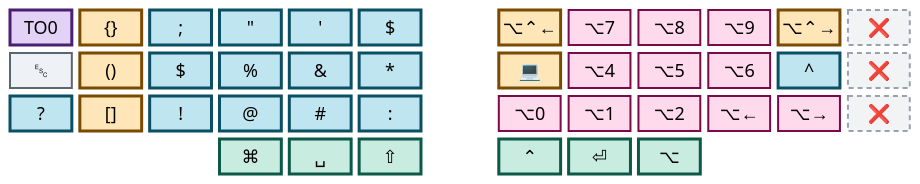
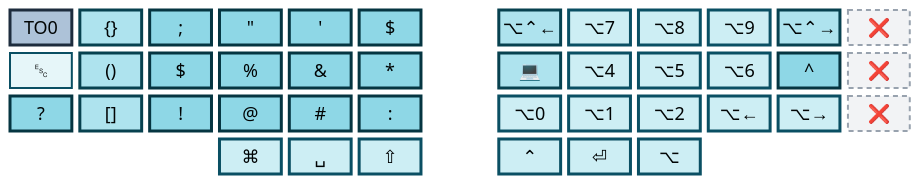
The second of 6 diagrams in README.md (abloch/zmk-corne), drawn with Mermaid before and after one commit. The commit also changed other lines of this file, not shown here.

````diff
--- a/README.md
+++ b/README.md
@@ -100,26 +97,24 @@
 ```mermaid
-%%{init: {'theme':'base','themeVariables':{'primaryColor':'#eef1f5','primaryTextColor':'#0b0f14','primaryBorderColor':'#5b6673','nodeTextColor':'#0b0f14','textColor':'#0b0f14','mainBkg':'#eef1f5','fontSize':'18px'}}}%%
+%%{init: {'theme':'base','themeVariables':{'primaryColor':'#e6f6f9','primaryTextColor':'#04222b','primaryBorderColor':'#0a4f63','nodeTextColor':'#04222b','textColor':'#04222b','mainBkg':'#e6f6f9','fontSize':'18px'}}}%%
 block
 columns 13
 
   to0["TO0"] cur[" {}"] semi[";"] dqt["#quot;"] sqt["'"] dol["$"] space wl["⌥⌃←"] a7["⌥7"] a8["⌥8"] a9["⌥9"] wr["⌥⌃→"] x1["❌"]
   esc["␛"] par[" ()"] dl2["$"] pct["%"] amp[" &"] ast["*"] space trm["💻"] a4["⌥4"] a5["⌥5"] a6["⌥6"] car["^"] x2["❌"]
   qm["?"] sqb[" []"] exc["!"] at["@"] hsh[" #"] col[":"] space a0["⌥0"] a1["⌥1"] a2["⌥2"] al["⌥←"] ar["⌥→"] x3["❌"]
   space:3 cmd["⌘"] spc["␣"] sft["⇧"] space ctl["⌃"] ent["⏎"] alt["⌥"] space:3
 
-  classDef punc fill:#bfe6f0,stroke:#0a4f63,stroke-width:3px,color:#04222b
-  classDef macro fill:#ffe6b8,stroke:#7a4a00,stroke-width:3px,color:#3a2200
-  classDef chord fill:#ffd9ec,stroke:#7a0a4a,stroke-width:2px,color:#3a0523
-  classDef layerk fill:#e3d2f5,stroke:#4a1f72,stroke-width:3px,color:#240c39
-  classDef core fill:#eef1f5,stroke:#5b6673,stroke-width:2px,color:#0b0f14
-  classDef thumb fill:#c8ece0,stroke:#0b5946,stroke-width:3px,color:#06241c
+  classDef plain fill:#e6f6f9,stroke:#0a4f63,stroke-width:2px,color:#04222b
+  classDef mod fill:#cdeef4,stroke:#0a4f63,stroke-width:3px,color:#04222b
+  classDef seq fill:#aee3ee,stroke:#07414f,stroke-width:3px,color:#03191f
+  classDef spec fill:#8ed7e6,stroke:#053541,stroke-width:3px,color:#02141a
+  classDef goL0 fill:#adc2d8,stroke:#1d2c3d,stroke-width:3px,color:#060c12
   classDef dead fill:#f2f3f5,stroke:#98a2ae,stroke-width:2px,stroke-dasharray:5 4,color:#5b6673
 
-  class semi,dqt,sqt,dol,dl2,pct,amp,ast,qm,exc,at,hsh,col,car punc
-  class cur,par,sqb,wl,wr,trm macro
-  class a0,a1,a2,a4,a5,a6,a7,a8,a9,al,ar chord
-  class to0 layerk
-  class esc core
-  class cmd,spc,sft,ctl,ent,alt thumb
+  class esc plain
+  class a0,a1,a2,a4,a5,a6,a7,a8,a9,al,ar,cmd,spc,sft,ctl,ent,alt mod
+  class cur,par,sqb,wl,wr,trm seq
+  class semi,dqt,sqt,dol,dl2,pct,amp,ast,qm,exc,at,hsh,col,car spec
+  class to0 goL0
   class x1,x2,x3 dead
 ```
````
